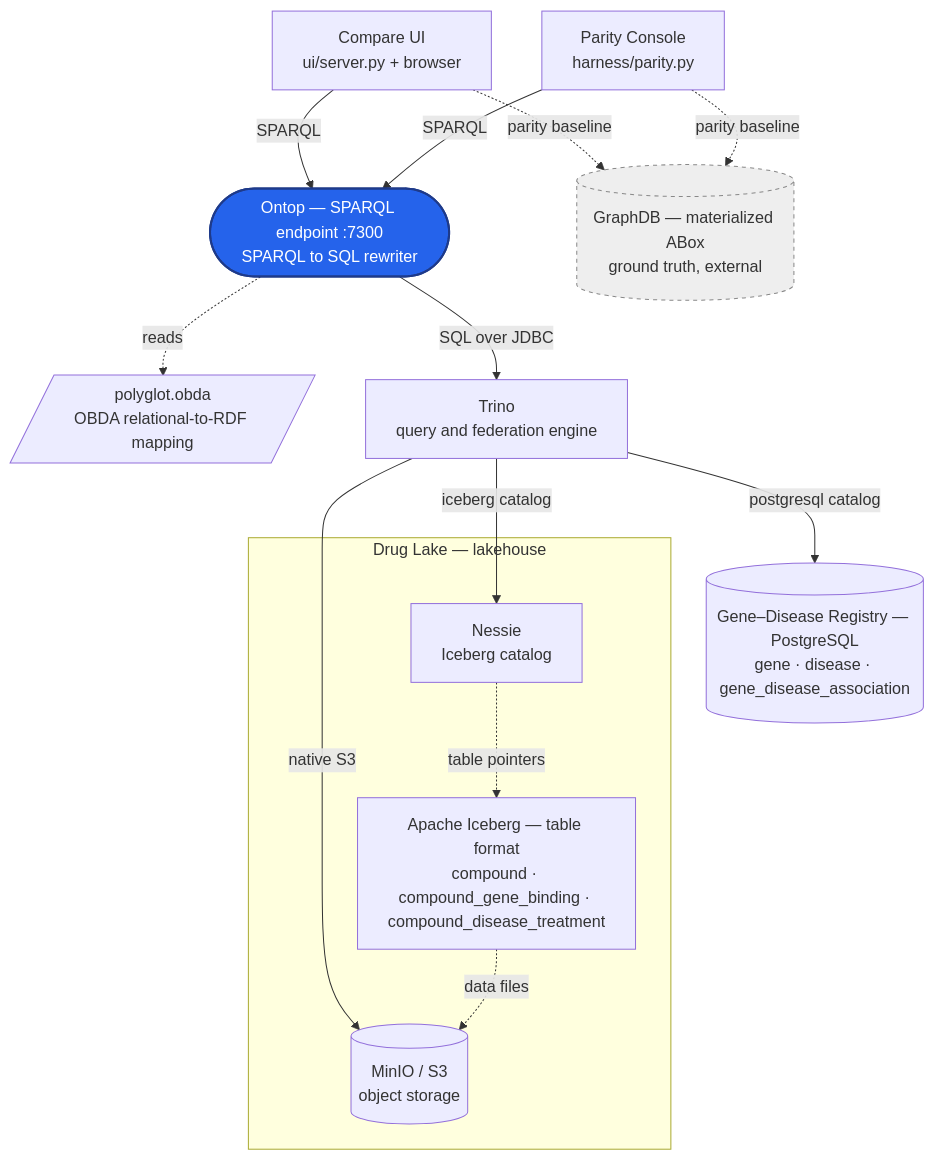
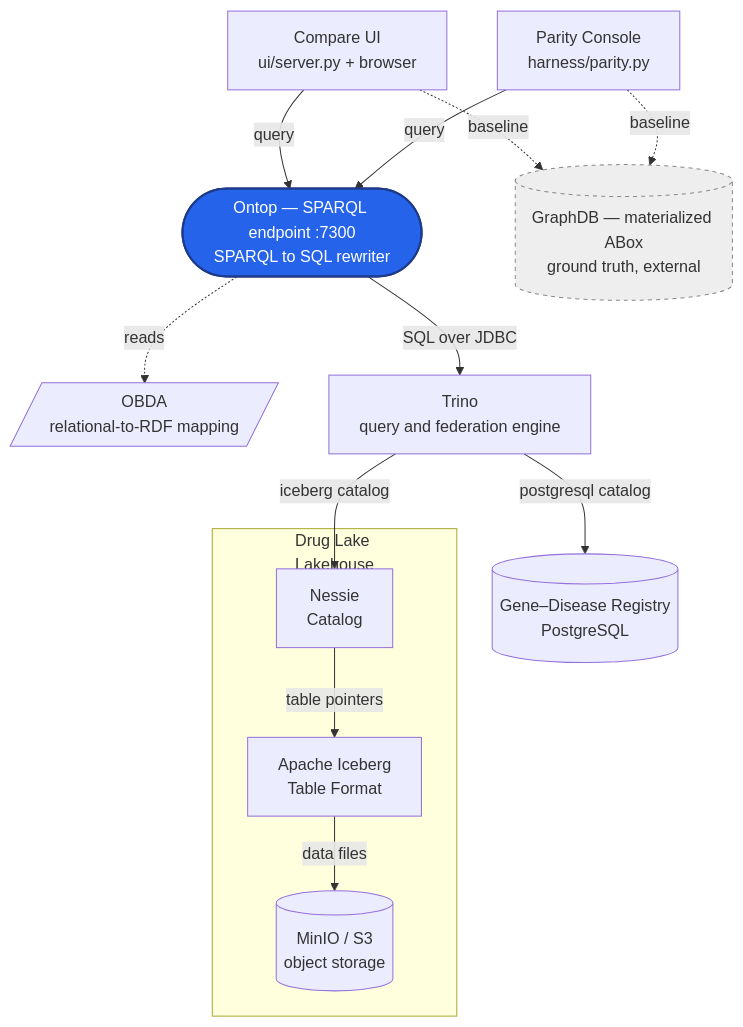
Before and after one commit to joseph-higaki/virtual-knowledge-graph-connectivity: the first of 4 diagrams in README.md, drawn with Mermaid.

Commit message:
readme changes

````diff
--- a/README.md
+++ b/README.md
@@ -42,38 +42,37 @@
 ```mermaid
 flowchart TB
     ui["Compare UI<br/>ui/server.py + browser"]
     cmp["Parity Console<br/>harness/parity.py"]
 
     ontop(["Ontop — SPARQL endpoint :7300<br/>SPARQL to SQL rewriter"])
-    obda[/"polyglot.obda<br/>OBDA relational-to-RDF mapping"/]
+    obda[/"OBDA<br/>relational-to-RDF mapping"/]
 
     trino["Trino<br/>query and federation engine"]
 
-    subgraph LAKE["Drug Lake — lakehouse"]
-        nessie["Nessie<br/>Iceberg catalog"]
-        iceberg["Apache Iceberg — table format<br/>compound · compound_gene_binding · compound_disease_treatment"]
+    subgraph LAKE["Drug Lake<br/>Lakehouse"]
+        nessie["Nessie<br/>Catalog"]
+        iceberg["Apache Iceberg<br/>Table Format"]
         minio[("MinIO / S3<br/>object storage")]
     end
 
-    pg[("Gene–Disease Registry — PostgreSQL<br/>gene · disease · gene_disease_association")]
+    pg[("Gene–Disease Registry<br/>PostgreSQL")]
     gdb[("GraphDB — materialized ABox<br/>ground truth, external")]
 
-    ui  -->|SPARQL| ontop
-    cmp -->|SPARQL| ontop
-    ui  -.->|parity baseline| gdb
-    cmp -.->|parity baseline| gdb
+    ui  -->|query| ontop
+    cmp -->|query| ontop
+    ui  -.->|baseline| gdb
+    cmp -.->|baseline| gdb
 
     ontop -.->|reads| obda
     ontop -->|SQL over JDBC| trino
 
     trino -->|postgresql catalog| pg
     trino -->|iceberg catalog| nessie
-    trino -->|native S3| minio
-    nessie -.->|table pointers| iceberg
-    iceberg -.->|data files| minio
+    nessie -->|table pointers| iceberg
+    iceberg -->|data files| minio
 
     classDef entry fill:#2563eb,stroke:#1e3a8a,color:#ffffff,stroke-width:2px;
     classDef optional fill:#eeeeee,stroke:#888888,color:#333333,stroke-dasharray:4 4;
     class ontop entry;
     class gdb optional;
 ```
````
